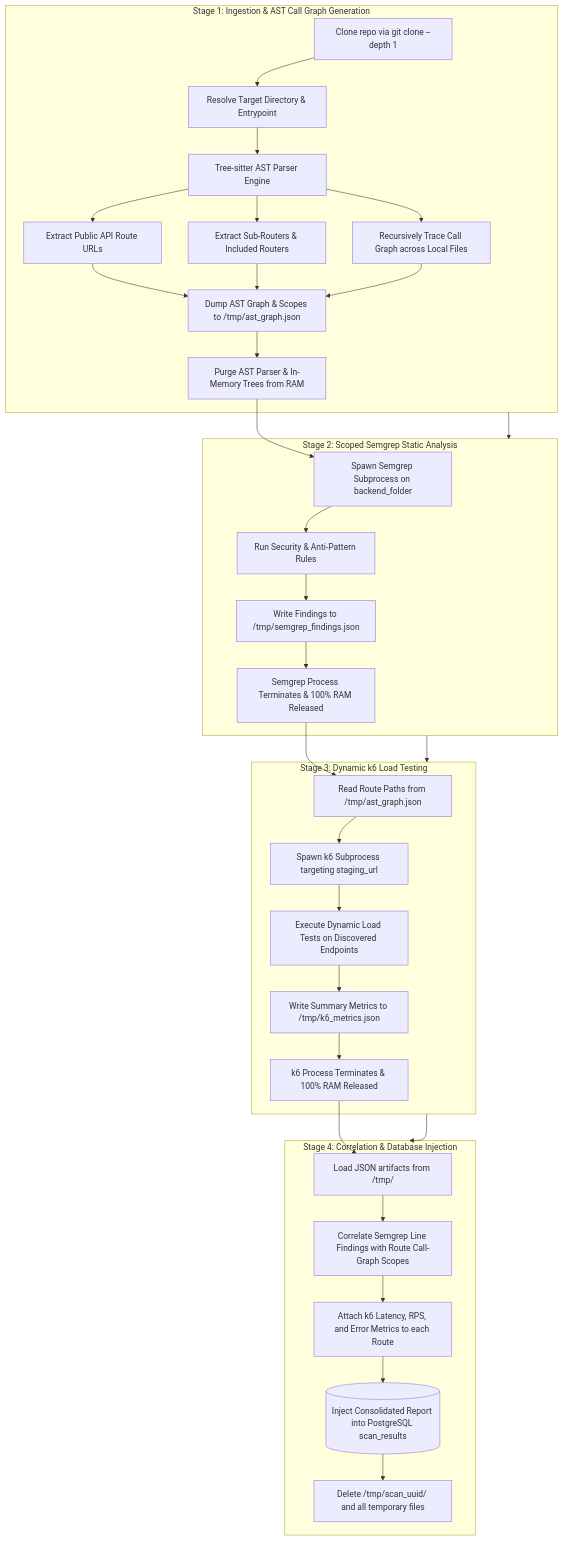
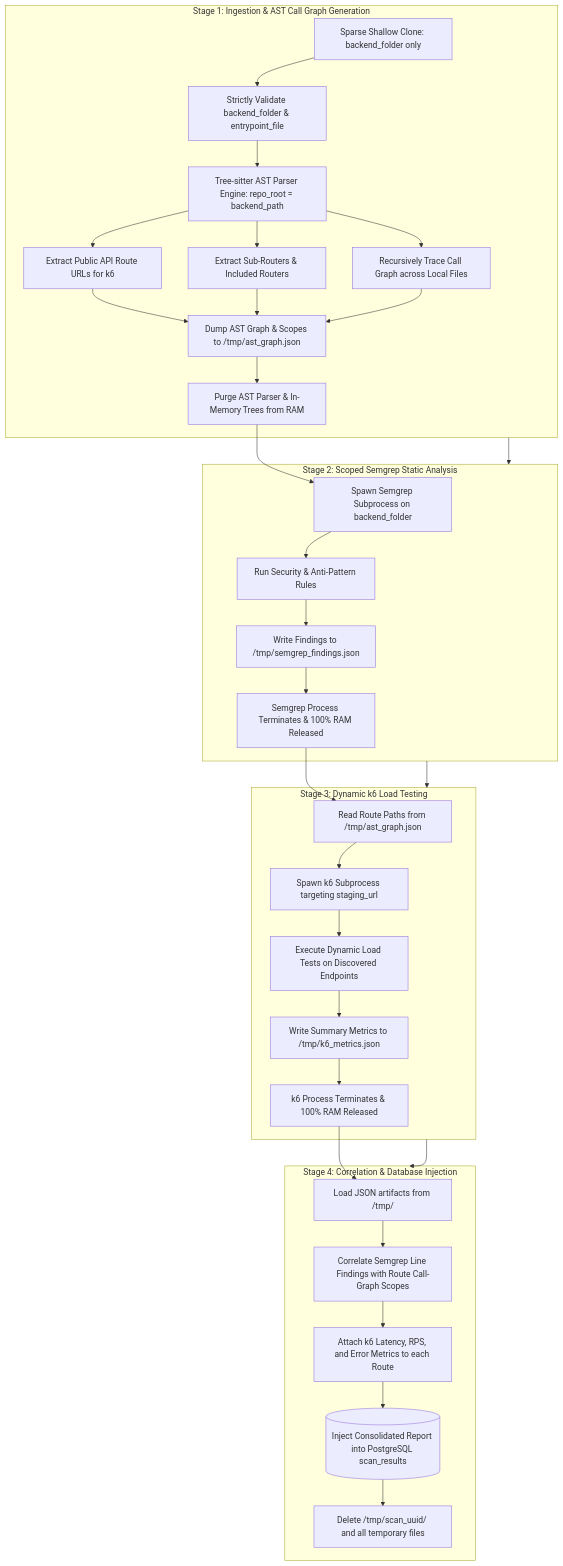
Before and after one commit to Shreyasnalle/Rampling: the third of 3 diagrams in memory.md, drawn with Mermaid. The commit also changed other lines of this file and 5 other files, not shown here.

````diff
--- a/memory.md
+++ b/memory.md
@@ -56,37 +193,37 @@
 ```mermaid
 flowchart TD
     subgraph Stage1["Stage 1: Ingestion & AST Call Graph Generation"]
-        A[Clone repo via git clone --depth 1] --> B[Resolve Target Directory & Entrypoint]
-        B --> C[Tree-sitter AST Parser Engine]
-        C --> D[Extract Public API Route URLs]
+        A[Sparse Shallow Clone: backend_folder only] --> B[Strictly Validate backend_folder & entrypoint_file]
+        B --> C[Tree-sitter AST Parser Engine: repo_root = backend_path]
+        C --> D[Extract Public API Route URLs for k6]
         C --> E[Extract Sub-Routers & Included Routers]
         C --> F[Recursively Trace Call Graph across Local Files]
         D & E & F --> G[Dump AST Graph & Scopes to /tmp/ast_graph.json]
         G --> H[Purge AST Parser & In-Memory Trees from RAM]
     end
 
     subgraph Stage2["Stage 2: Scoped Semgrep Static Analysis"]
         H --> I[Spawn Semgrep Subprocess on backend_folder]
         I --> J[Run Security & Anti-Pattern Rules]
         J --> K[Write Findings to /tmp/semgrep_findings.json]
         K --> L[Semgrep Process Terminates & 100% RAM Released]
     end
 
     subgraph Stage3["Stage 3: Dynamic k6 Load Testing"]
         L --> M[Read Route Paths from /tmp/ast_graph.json]
         M --> N[Spawn k6 Subprocess targeting staging_url]
         N --> O[Execute Dynamic Load Tests on Discovered Endpoints]
         O --> P[Write Summary Metrics to /tmp/k6_metrics.json]
         P --> Q[k6 Process Terminates & 100% RAM Released]
     end
 
     subgraph Stage4["Stage 4: Correlation & Database Injection"]
         Q --> R[Load JSON artifacts from /tmp/]
         R --> S[Correlate Semgrep Line Findings with Route Call-Graph Scopes]
         S --> T[Attach k6 Latency, RPS, and Error Metrics to each Route]
         T --> U[(Inject Consolidated Report into PostgreSQL scan_results)]
         U --> V[Delete /tmp/scan_uuid/ and all temporary files]
     end
 
     Stage1 --> Stage2 --> Stage3 --> Stage4
 ```
````
